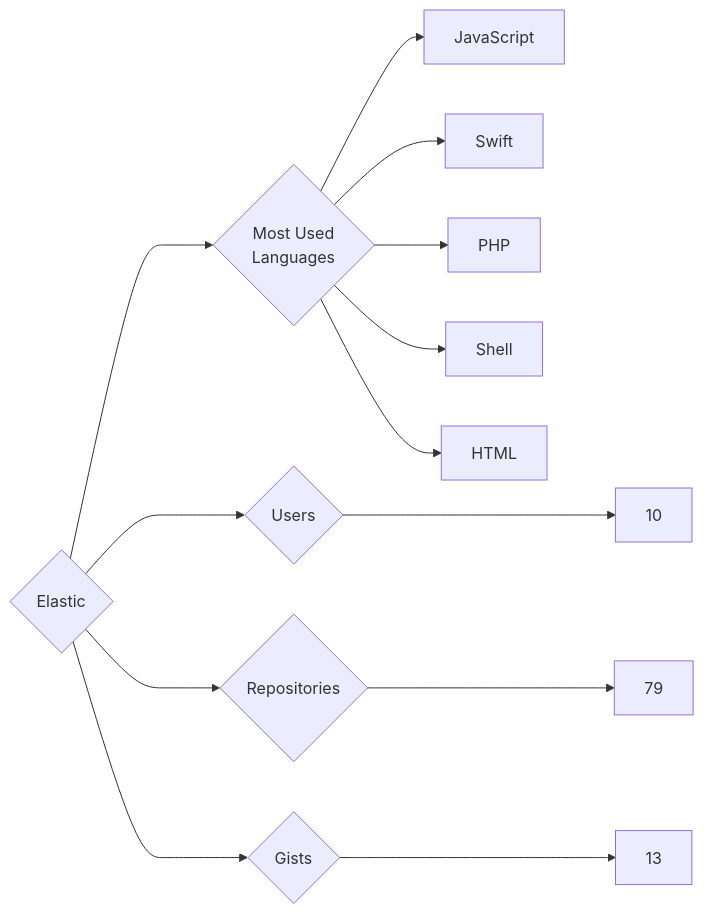
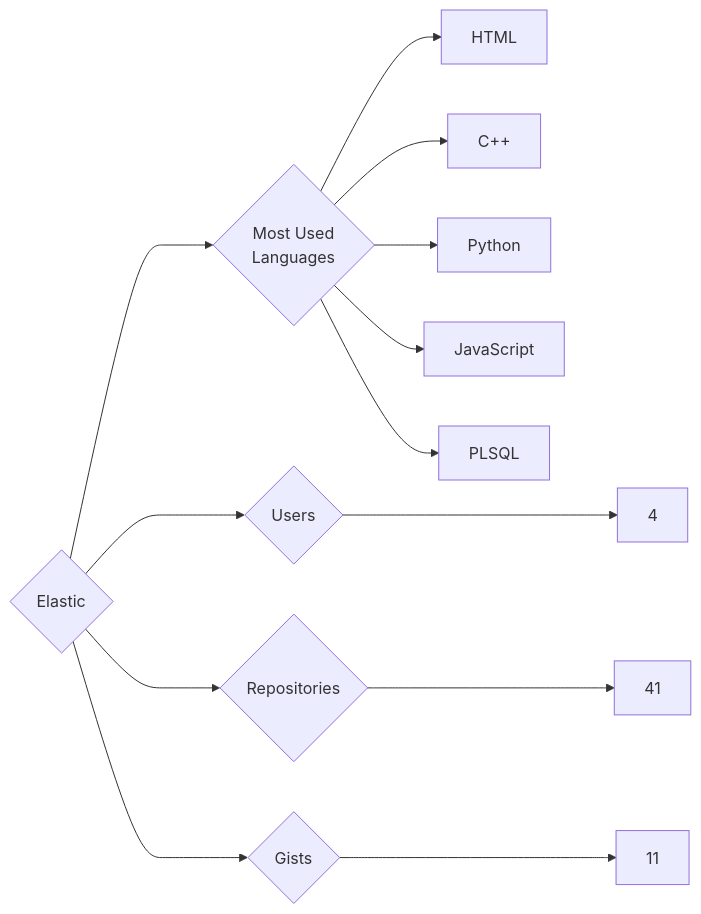
One commit to trickest/insiders changed the diagram in targets/Elastic/README.md. Above: the diagram before and after it, drawn with Mermaid. The commit also changed 1175 other files, not shown here.

````diff
--- a/targets/Elastic/README.md
+++ b/targets/Elastic/README.md
@@ -3,13 +3,13 @@
 ```mermaid
 graph LR
 COMPANY_NAME{Elastic}
-COMPANY_NAME ---> U{Users} ---> UN[10]
-COMPANY_NAME ---> R{Repositories} ---> RN[79]
-COMPANY_NAME ---> G{Gists} ---> GN[13]
+COMPANY_NAME ---> U{Users} ---> UN[4]
+COMPANY_NAME ---> R{Repositories} ---> RN[41]
+COMPANY_NAME ---> G{Gists} ---> GN[11]
 COMPANY_NAME ---> ML{Most Used<br>Languages}
+ML --> HTML[HTML]
+ML --> C++[C++]
+ML --> Python[Python]
 ML --> JavaScript[JavaScript]
-ML --> Swift[Swift]
-ML --> PHP[PHP]
-ML --> Shell[Shell]
-ML --> HTML[HTML]
+ML --> PLSQL[PLSQL]
 ```
````
